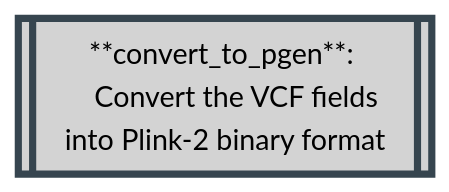
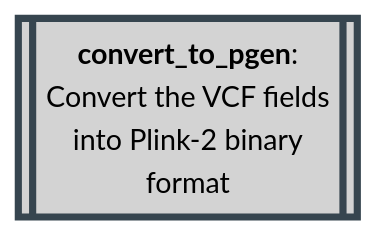
One commit to Tuks-ICMM/Pharmacogenetic-Analysis-Pipeline changed the sixth of 30 diagrams in docs/02-workflow/02-methodology.md. Above: the diagram before and after it, drawn with Mermaid. The commit also changed other lines of this file, not shown here.

````diff
--- a/docs/02-workflow/02-methodology.md
+++ b/docs/02-workflow/02-methodology.md
@@ -568,8 +327,7 @@
 ```mermaid
 flowchart TD
+    convert_to_pgen[[<b>convert_to_pgen</b>: <br>Convert the VCF fields <br>into Plink-2 binary <br>format]]
+
     classDef plink stroke:#36454F,fill:#D3D3D3,stroke-width:4px,color:black;
-
-    convert_to_pgen[[**convert_to_pgen**: 
-    Convert the VCF fields into Plink-2 binary format]]
     class convert_to_pgen plink;
 ```
````
